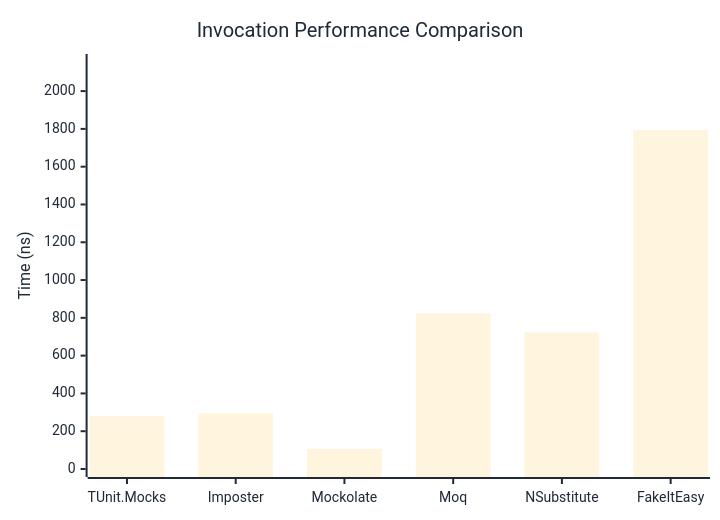
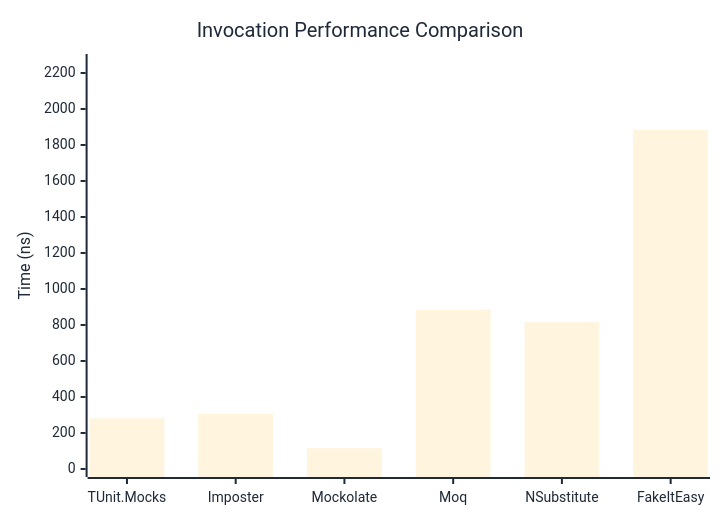
Before and after one commit to thomhurst/TUnit: the first of 3 diagrams in docs/docs/benchmarks/mocks/Invocation.md, drawn with Mermaid. The commit also changed other lines of this file and 14 other files, not shown here.

````diff
--- a/docs/docs/benchmarks/mocks/Invocation.md
+++ b/docs/docs/benchmarks/mocks/Invocation.md
@@ -30,27 +30,27 @@
 ```mermaid
 %%{init: {
   'theme':'base',
   'themeVariables': {
     'primaryColor': '#2563eb',
     'primaryTextColor': '#1f2937',
     'primaryBorderColor': '#1e40af',
     'lineColor': '#6b7280',
     'secondaryColor': '#7c3aed',
     'tertiaryColor': '#dc2626',
     'background': '#ffffff',
     'pie1': '#2563eb',
     'pie2': '#7c3aed',
     'pie3': '#dc2626',
     'pie4': '#f59e0b',
     'pie5': '#10b981',
     'pie6': '#06b6d4',
     'pie7': '#ec4899',
     'pie8': '#6366f1'
   }
 }}%%
 xychart-beta
   title "Invocation Performance Comparison"
   x-axis ["TUnit.Mocks", "Imposter", "Mockolate", "Moq", "NSubstitute", "FakeItEasy"]
-  y-axis "Time (ns)" 0 --> 2154
-  bar [278.98, 295.43, 107.08, 823.66, 722.95, 1794.39]
+  y-axis "Time (ns)" 0 --> 2261
+  bar [281.7, 307, 115.4, 885.1, 815.8, 1883.4]
 ```
````
